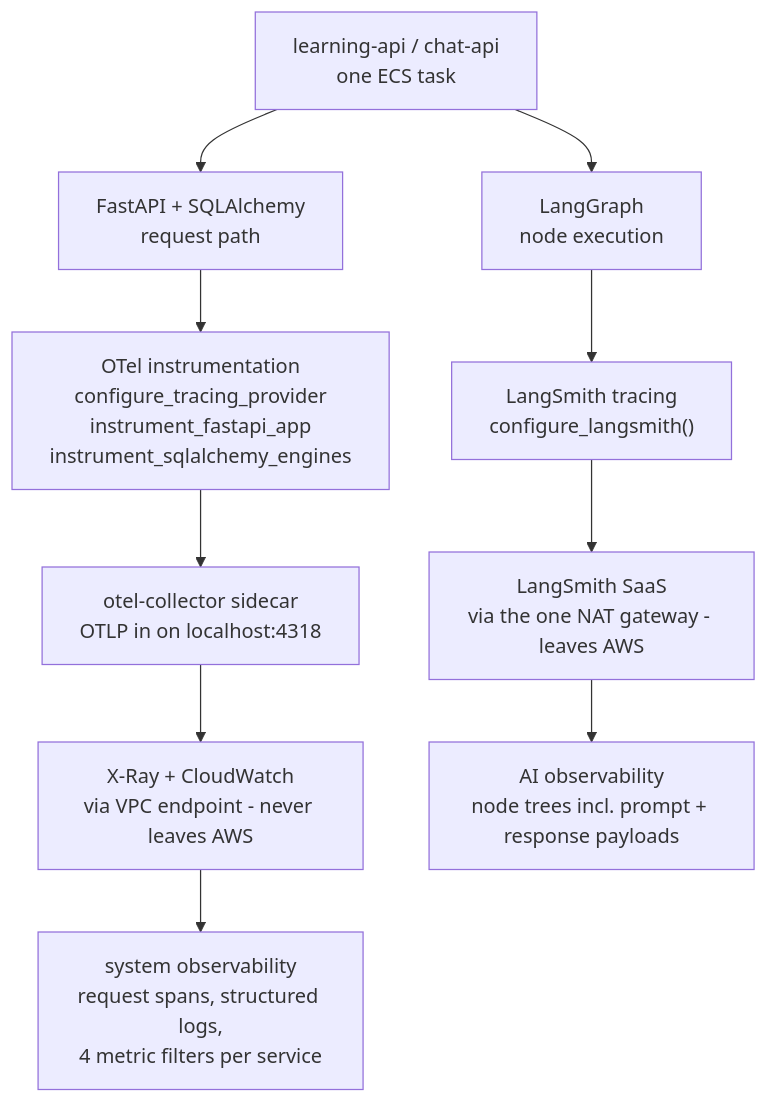
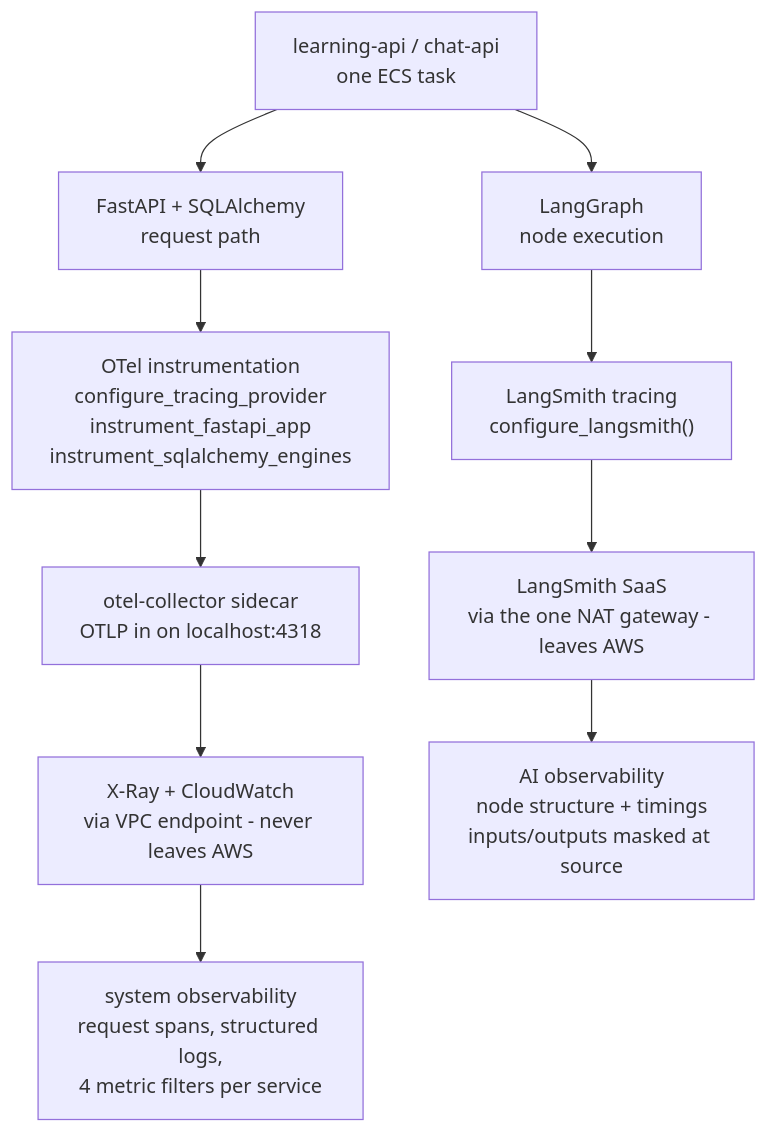
One commit to lucasjeongsikpark/IntelliChoice changed diagram 12 of 12 in docs/ARCHITECTURE.md. Above: the diagram before and after it, drawn with Mermaid. The commit also changed other lines of this file and 9 other files, not shown here.

````diff
--- a/docs/ARCHITECTURE.md
+++ b/docs/ARCHITECTURE.md
@@ -1548,13 +1548,13 @@
 ```mermaid
 flowchart TB
     SVC["learning-api / chat-api<br/>one ECS task"]
     SVC --> FA["FastAPI + SQLAlchemy<br/>request path"]
     SVC --> LG["LangGraph<br/>node execution"]
     FA --> OTEL["OTel instrumentation<br/>configure_tracing_provider<br/>instrument_fastapi_app<br/>instrument_sqlalchemy_engines"]
     LG --> LSC["LangSmith tracing<br/>configure_langsmith()"]
     OTEL --> COLL["otel-collector sidecar<br/>OTLP in on localhost:4318"]
     COLL --> AWS["X-Ray + CloudWatch<br/>via VPC endpoint - never leaves AWS"]
     LSC --> SAAS["LangSmith SaaS<br/>via the one NAT gateway - leaves AWS"]
     AWS --> SYS["system observability<br/>request spans, structured logs,<br/>4 metric filters per service"]
-    SAAS --> AI["AI observability<br/>node trees incl. prompt + response payloads"]
+    SAAS --> AI["AI observability<br/>node structure + timings<br/>inputs/outputs masked at source"]
 ```
````
